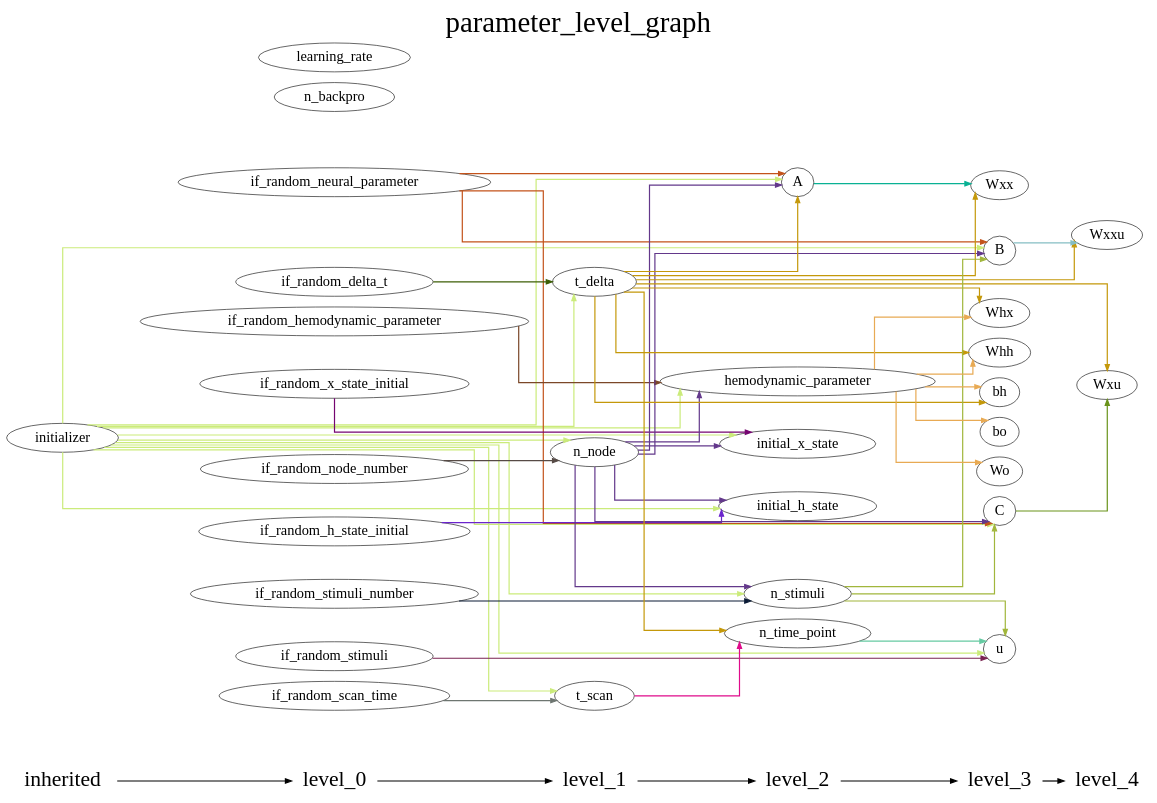
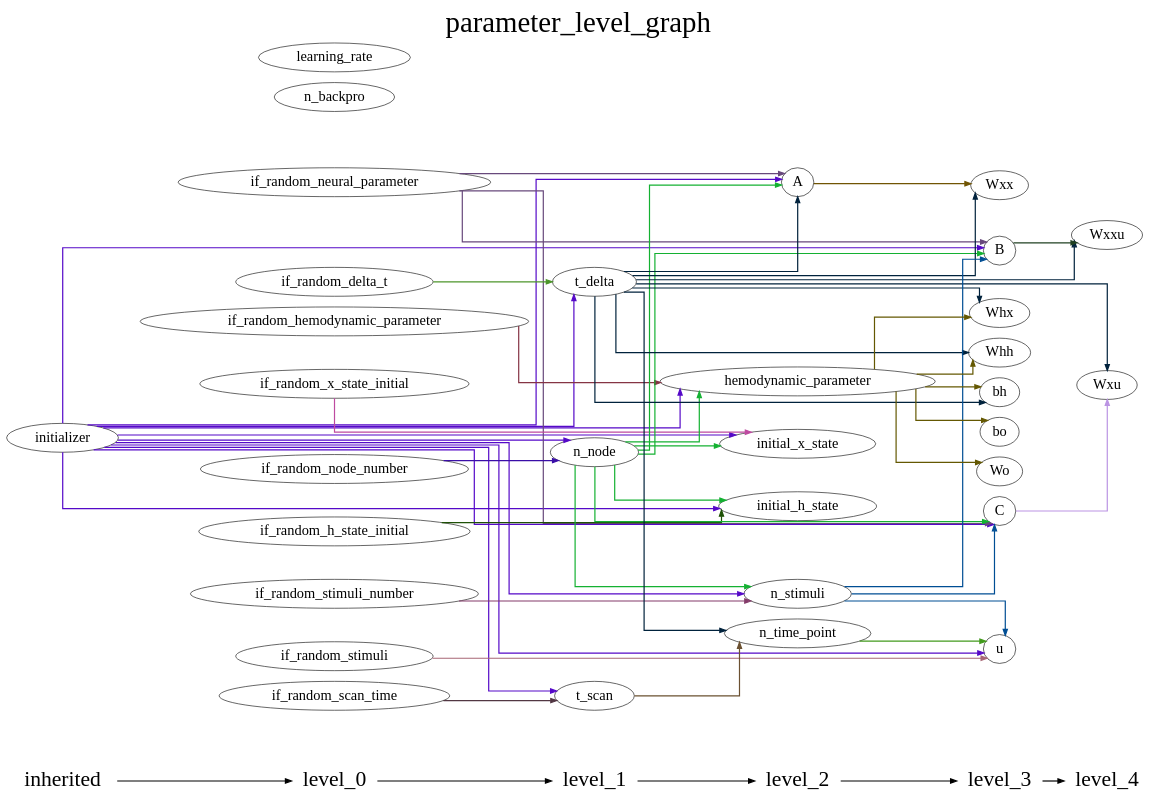
One commit to YuanWangOnward/DCM_RNN changed the diagram in DCM_RNN/documents/parameter_level_graph.gv. Above: the diagram before and after it, drawn with Graphviz. The commit also changed 4 other files, not shown here.

```diff
--- a/DCM_RNN/documents/parameter_level_graph.gv
+++ b/DCM_RNN/documents/parameter_level_graph.gv
@@ -1,131 +1,131 @@
 digraph G {
           splines=ortho;
           fontsize = 48;
           rankdir = "LR";
           node[fontsize=24];
           edge[penwidth=2];
           {
           node [shape=plaintext fontsize=36];
           inherited -> 
           level_0 -> 
           level_1 -> 
           level_2 -> 
           level_3 -> 
           level_4
           }
           {rank = same;
           inherited;
           initializer;
           }
           {rank = same;
           level_0;
           if_random_neural_parameter;
           if_random_hemodynamic_parameter;
           if_random_x_state_initial;
           if_random_h_state_initial;
           if_random_stimuli;
           if_random_node_number;
           if_random_stimuli_number;
           if_random_delta_t;
           if_random_scan_time;
           n_backpro;
           learning_rate;
           }
           {rank = same;
           level_1;
           n_node;
           t_delta;
           t_scan;
           }
           {rank = same;
           level_2;
           n_time_point;
           n_stimuli;
           A;
           hemodynamic_parameter;
           initial_x_state;
           initial_h_state;
           }
           {rank = same;
           level_3;
           u;
           B;
           C;
           Wxx;
           Whx;
           Whh;
           bh;
           Wo;
           bo;
           }
           {rank = same;
           level_4;
           Wxxu;
           Wxu;
           }
-          t_delta -> Whh [color="#C4980A"];
-          t_delta -> Whx [color="#C4980A"];
-          t_delta -> Wxxu [color="#C4980A"];
-          t_delta -> Wxu [color="#C4980A"];
-          t_delta -> A [color="#C4980A"];
-          t_delta -> Wxx [color="#C4980A"];
-          t_delta -> n_time_point [color="#C4980A"];
-          t_delta -> bh [color="#C4980A"];
-          C -> Wxu [color="#6A931A"];
-          n_stimuli -> C [color="#A1B63C"];
-          n_stimuli -> B [color="#A1B63C"];
-          n_stimuli -> u [color="#A1B63C"];
-          initializer -> t_delta [color="#CBEB7B"];
-          initializer -> C [color="#CBEB7B"];
-          initializer -> t_scan [color="#CBEB7B"];
-          initializer -> n_stimuli [color="#CBEB7B"];
-          initializer -> initial_x_state [color="#CBEB7B"];
-          initializer -> n_node [color="#CBEB7B"];
-          initializer -> hemodynamic_parameter [color="#CBEB7B"];
-          initializer -> A [color="#CBEB7B"];
-          initializer -> B [color="#CBEB7B"];
-          initializer -> initial_h_state [color="#CBEB7B"];
-          initializer -> u [color="#CBEB7B"];
+          n_backpro ;
+          if_random_h_state_initial -> initial_h_state [color="#1E5106"];
+          initializer -> n_node [color="#5509C8"];
+          initializer -> t_scan [color="#5509C8"];
+          initializer -> B [color="#5509C8"];
+          initializer -> initial_h_state [color="#5509C8"];
+          initializer -> hemodynamic_parameter [color="#5509C8"];
+          initializer -> C [color="#5509C8"];
+          initializer -> t_delta [color="#5509C8"];
+          initializer -> A [color="#5509C8"];
+          initializer -> n_stimuli [color="#5509C8"];
+          initializer -> initial_x_state [color="#5509C8"];
+          initializer -> u [color="#5509C8"];
+          bo ;
+          if_random_hemodynamic_parameter -> hemodynamic_parameter [color="#853444"];
+          n_node -> B [color="#14B132"];
+          n_node -> initial_h_state [color="#14B132"];
+          n_node -> hemodynamic_parameter [color="#14B132"];
+          n_node -> C [color="#14B132"];
+          n_node -> A [color="#14B132"];
+          n_node -> n_stimuli [color="#14B132"];
+          n_node -> initial_x_state [color="#14B132"];
+          u ;
+          n_time_point -> u [color="#429A1C"];
+          Wxx ;
+          t_scan -> n_time_point [color="#6B5131"];
+          t_delta -> n_time_point [color="#00223C"];
+          t_delta -> Wxx [color="#00223C"];
+          t_delta -> Wxu [color="#00223C"];
+          t_delta -> Whh [color="#00223C"];
+          t_delta -> Wxxu [color="#00223C"];
+          t_delta -> A [color="#00223C"];
+          t_delta -> bh [color="#00223C"];
+          t_delta -> Whx [color="#00223C"];
+          if_random_delta_t -> t_delta [color="#4C952A"];
+          hemodynamic_parameter -> Wo [color="#645802"];
+          hemodynamic_parameter -> bo [color="#645802"];
+          hemodynamic_parameter -> Whh [color="#645802"];
+          hemodynamic_parameter -> bh [color="#645802"];
+          hemodynamic_parameter -> Whx [color="#645802"];
+          if_random_neural_parameter -> B [color="#68497C"];
+          if_random_neural_parameter -> C [color="#68497C"];
+          if_random_neural_parameter -> A [color="#68497C"];
+          initial_h_state ;
+          B -> Wxxu [color="#204122"];
+          C -> Wxu [color="#BB94E3"];
+          if_random_stimuli -> u [color="#A76675"];
+          Wxxu ;
+          Wxu ;
           Whh ;
-          if_random_node_number -> n_node [color="#574B46"];
+          if_random_x_state_initial -> initial_x_state [color="#BE4AA0"];
+          bh ;
+          A -> Wxx [color="#715504"];
+          if_random_scan_time -> t_scan [color="#523743"];
+          if_random_node_number -> n_node [color="#3A0EA7"];
+          learning_rate ;
+          n_stimuli -> B [color="#004E94"];
+          n_stimuli -> C [color="#004E94"];
+          n_stimuli -> u [color="#004E94"];
+          initial_x_state ;
           Whx ;
-          if_random_stimuli_number -> n_stimuli [color="#0A1A35"];
-          t_scan -> n_time_point [color="#E00B8B"];
-          initial_x_state ;
-          if_random_scan_time -> t_scan [color="#6E7671"];
-          n_node -> C [color="#63388B"];
-          n_node -> n_stimuli [color="#63388B"];
-          n_node -> initial_x_state [color="#63388B"];
-          n_node -> hemodynamic_parameter [color="#63388B"];
-          n_node -> A [color="#63388B"];
-          n_node -> B [color="#63388B"];
-          n_node -> initial_h_state [color="#63388B"];
-          Wxxu ;
-          bh ;
-          hemodynamic_parameter -> Whh [color="#E8AA54"];
-          hemodynamic_parameter -> Whx [color="#E8AA54"];
-          hemodynamic_parameter -> bo [color="#E8AA54"];
-          hemodynamic_parameter -> Wo [color="#E8AA54"];
-          hemodynamic_parameter -> bh [color="#E8AA54"];
-          n_time_point -> u [color="#66CAA2"];
-          if_random_x_state_initial -> initial_x_state [color="#750570"];
-          if_random_delta_t -> t_delta [color="#3C5E06"];
-          bo ;
-          if_random_stimuli -> u [color="#792150"];
-          Wxu ;
-          A -> Wxx [color="#09B194"];
-          B -> Wxxu [color="#85BEC3"];
-          initial_h_state ;
-          u ;
-          Wxx ;
-          if_random_neural_parameter -> C [color="#C3531B"];
-          if_random_neural_parameter -> A [color="#C3531B"];
-          if_random_neural_parameter -> B [color="#C3531B"];
-          if_random_h_state_initial -> initial_h_state [color="#6B24CC"];
+          if_random_stimuli_number -> n_stimuli [color="#843B6A"];
           Wo ;
-          if_random_hemodynamic_parameter -> hemodynamic_parameter [color="#7B4728"];
-          n_backpro ;
-          learning_rate ;
           labelloc = "t";
           label = "parameter_level_graph";
 }
```
